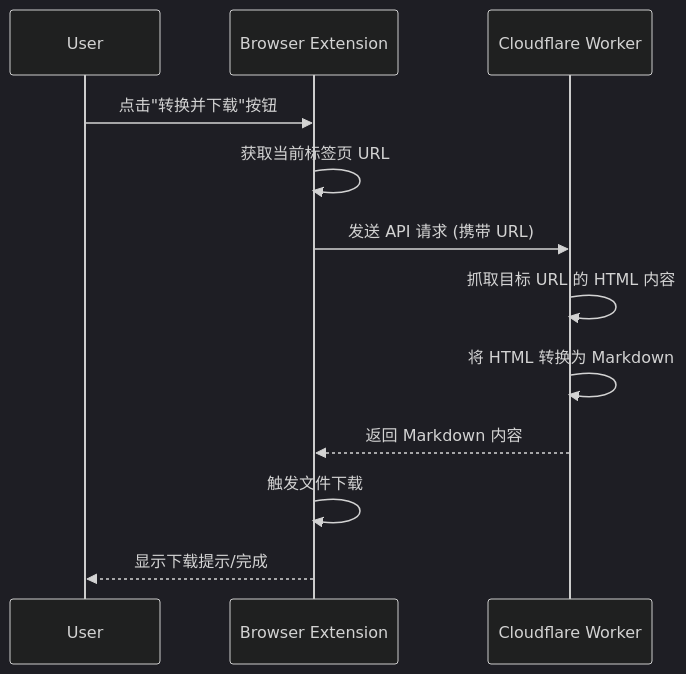
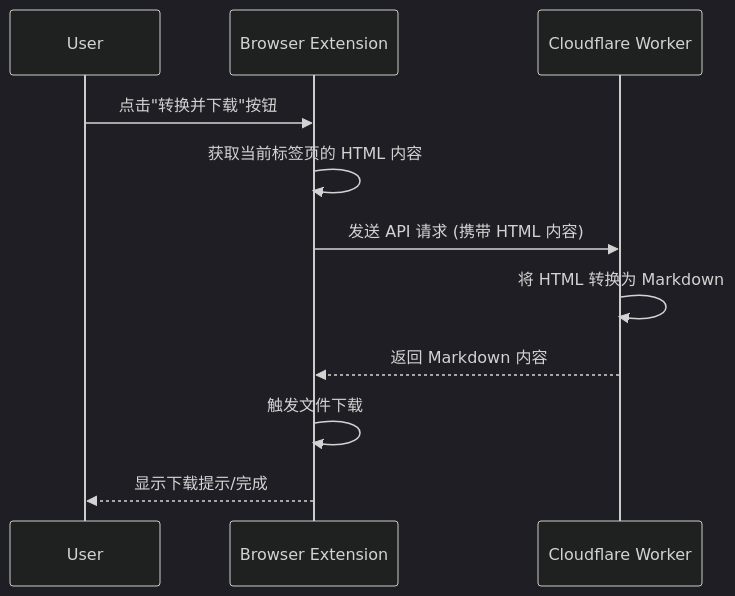
Before and after one commit to hewenyu/any2md: the diagram in doc/ARCHITECTURE.md, drawn with Mermaid (dark theme). The commit also changed other lines of this file and 8 other files, not shown here.

````diff
--- a/doc/ARCHITECTURE.md
+++ b/doc/ARCHITECTURE.md
@@ -12,15 +12,14 @@
 ```mermaid
 sequenceDiagram
     participant User
     participant Browser Extension
     participant Cloudflare Worker
 
     User->>Browser Extension: 点击"转换并下载"按钮
-    Browser Extension->>Browser Extension: 获取当前标签页 URL
-    Browser Extension->>Cloudflare Worker: 发送 API 请求 (携带 URL)
-    Cloudflare Worker->>Cloudflare Worker: 抓取目标 URL 的 HTML 内容
+    Browser Extension->>Browser Extension: 获取当前标签页的 HTML 内容
+    Browser Extension->>Cloudflare Worker: 发送 API 请求 (携带 HTML 内容)
     Cloudflare Worker->>Cloudflare Worker: 将 HTML 转换为 Markdown
     Cloudflare Worker-->>Browser Extension: 返回 Markdown 内容
     Browser Extension->>Browser Extension: 触发文件下载
     Browser Extension-->>User: 显示下载提示/完成
 ```
````
